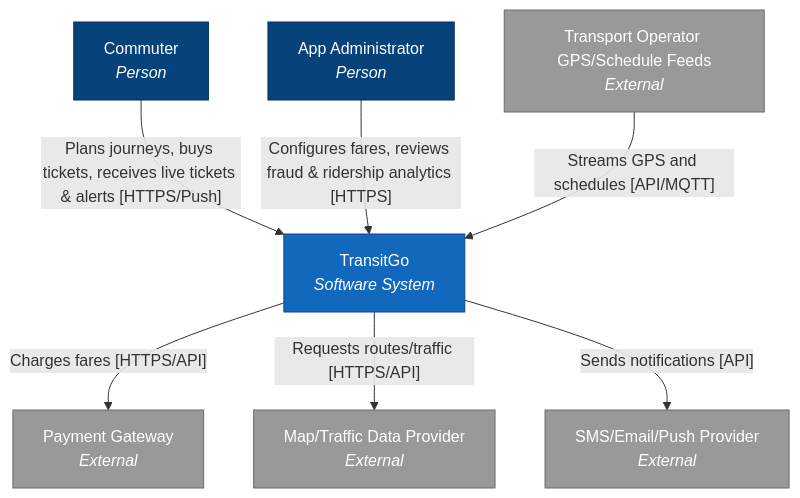
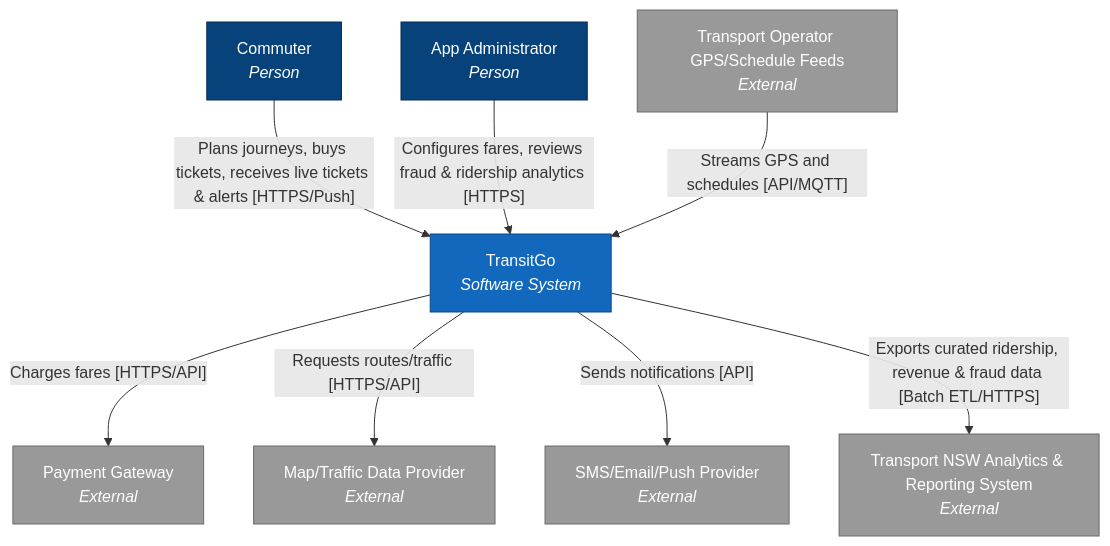
Before and after one commit to Malachi-H/SoftwareArchitectureDiagramsSource: the diagram in 01_3.1_context-diagram.mmd, drawn with Mermaid. The commit also changed 5 other files, not shown here.

Commit message:
updated context and container diagrams to include Analytics & Reporting System

```diff
--- a/01_3.1_context-diagram.mmd
+++ b/01_3.1_context-diagram.mmd
@@ -1,20 +1,22 @@
 %% title System Context diagram for TransitGo
 flowchart TD
     classDef person fill:#08427b,stroke:#052e56,color:#fff
     classDef system fill:#1168bd,stroke:#0b4884,color:#fff
     classDef ext fill:#999999,stroke:#6b6b6b,color:#fff
 
     commuter["Commuter<br/><i>Person</i>"]:::person
     admin["App Administrator<br/><i>Person</i>"]:::person
     transitgo["TransitGo<br/><i>Software System</i>"]:::system
     payment["Payment Gateway<br/><i>External</i>"]:::ext
     opfeeds["Transport Operator GPS/Schedule Feeds<br/><i>External</i>"]:::ext
     mapdata["Map/Traffic Data Provider<br/><i>External</i>"]:::ext
     notifyext["SMS/Email/Push Provider<br/><i>External</i>"]:::ext
+    analyticsext["Transport NSW Analytics & Reporting System<br/><i>External</i>"]:::ext
 
     commuter -->|"Plans journeys, buys tickets, receives live tickets & alerts [HTTPS/Push]"| transitgo
     admin -->|"Configures fares, reviews fraud & ridership analytics [HTTPS]"| transitgo
     transitgo -->|"Charges fares [HTTPS/API]"| payment
     opfeeds -->|"Streams GPS and schedules [API/MQTT]"| transitgo
     transitgo -->|"Requests routes/traffic [HTTPS/API]"| mapdata
     transitgo -->|"Sends notifications [API]"| notifyext
+    transitgo -->|"Exports curated ridership, revenue & fraud data [Batch ETL/HTTPS]"| analyticsext
```
